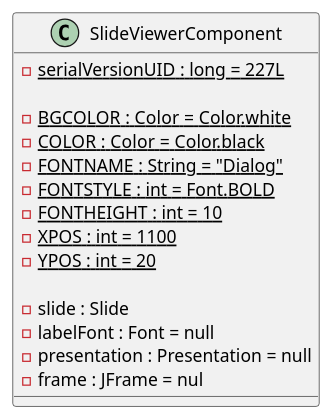
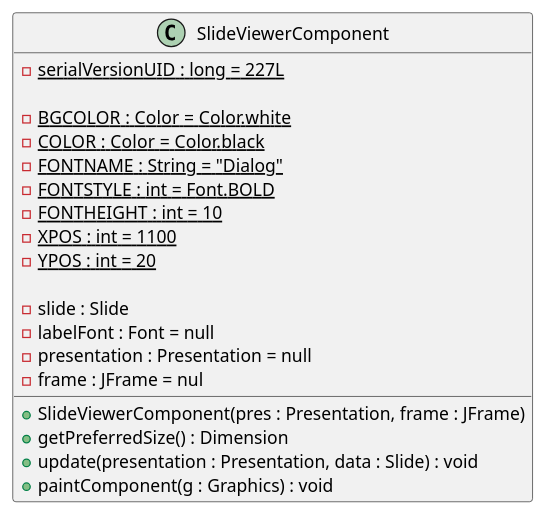
One commit to gabrielrtlima/diagramas-padroes-projeto changed the diagram in classes/SlideViewerComponent.puml. Above: the diagram before and after it, drawn with PlantUML. The commit also changed 13 other files, not shown here.

```diff
--- a/classes/SlideViewerComponent.puml
+++ b/classes/SlideViewerComponent.puml
@@ -1,22 +1,27 @@
 @startuml SlideViewerComponent
 
 class SlideViewerComponent{
 
   - {static} serialVersionUID : long = 227L
 
   - {static} BGCOLOR : Color = Color.white
   - {static} COLOR : Color = Color.black
   - {static} FONTNAME : String = "Dialog"
   - {static} FONTSTYLE : int = Font.BOLD
   - {static} FONTHEIGHT : int = 10
   - {static} XPOS : int = 1100
   - {static} YPOS : int = 20
 
   - slide : Slide
   - labelFont : Font = null
   - presentation : Presentation = null
   - frame : JFrame = nul
 
+  + SlideViewerComponent(pres : Presentation, frame : JFrame)
+  + getPreferredSize() : Dimension
+  + update(presentation : Presentation, data : Slide) : void
+  + paintComponent(g : Graphics) : void
+
 }
 
 @enduml
```
